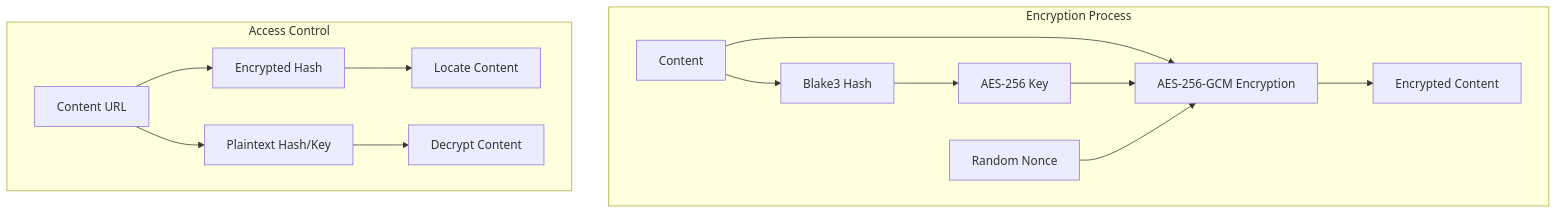
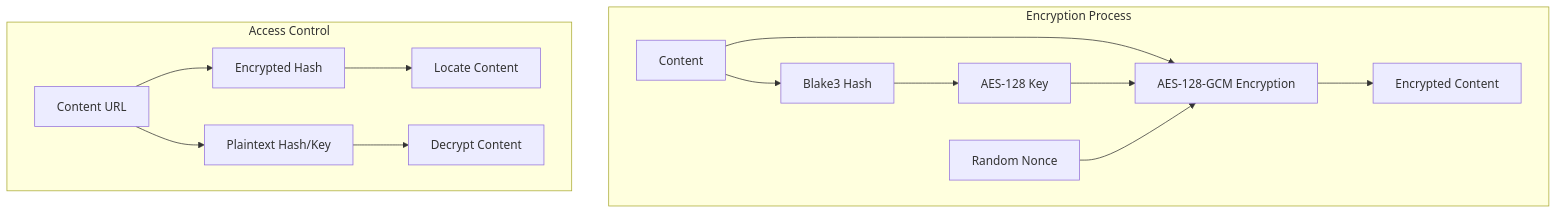
The third of 3 diagrams in docs/mycdnctl-user-guide.md (threefoldtech/mycelium-cdn-registry), drawn with Mermaid before and after one commit. The commit also changed other lines of this file and 2 other files, not shown here.

Commit message:
Make sure we specify AES-128 everywhere, clarify hash size

````diff
--- a/docs/mycdnctl-user-guide.md
+++ b/docs/mycdnctl-user-guide.md
@@ -226,18 +226,18 @@
 ```mermaid
 graph TD
     subgraph "Encryption Process"
         Content[Content] --> Hash[Blake3 Hash]
-        Hash --> Key[AES-256 Key]
-        Content --> AES[AES-256-GCM Encryption]
+        Hash --> Key[AES-128 Key]
+        Content --> AES[AES-128-GCM Encryption]
         Key --> AES
         Nonce[Random Nonce] --> AES
         AES --> Encrypted[Encrypted Content]
     end
     
     subgraph "Access Control"
         URL[Content URL] --> EHash[Encrypted Hash]
         URL --> PHash[Plaintext Hash/Key]
         EHash --> Locate[Locate Content]
         PHash --> Decrypt[Decrypt Content]
     end
 ```
````
